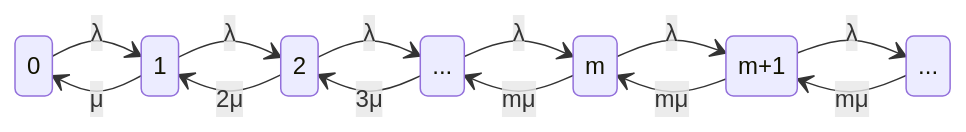
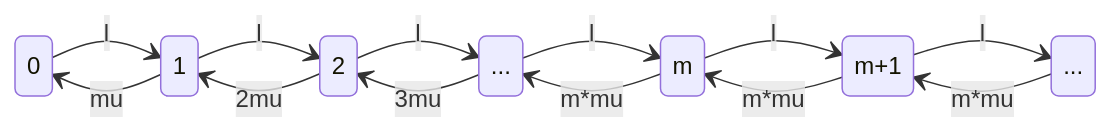
Before and after one commit to stareeg/simulation-modeling-notes: the second of 3 diagrams in docs/07-single-queue.md, drawn with Mermaid. The commit also changed other lines of this file and 14 other files, not shown here.

````diff
--- a/docs/07-single-queue.md
+++ b/docs/07-single-queue.md
@@ -237,24 +245,24 @@
 ```mermaid
 stateDiagram-v2
     direction LR
     state "0" as s0
     state "1" as s1
     state "2" as s2
     state "m" as sm
     state "m+1" as sm1
     state "..." as dots1
     state "..." as dots2
 
-    s0 --> s1 : λ
-    s1 --> s0 : μ
-    s1 --> s2 : λ
-    s2 --> s1 : 2μ
-    s2 --> dots1 : λ
-    dots1 --> s2 : 3μ
-    dots1 --> sm : λ
-    sm --> dots1 : mμ
-    sm --> sm1 : λ
-    sm1 --> sm : mμ
-    sm1 --> dots2 : λ
-    dots2 --> sm1 : mμ
+    s0 --> s1 : l
+    s1 --> s0 : mu
+    s1 --> s2 : l
+    s2 --> s1 : 2mu
+    s2 --> dots1 : l
+    dots1 --> s2 : 3mu
+    dots1 --> sm : l
+    sm --> dots1 : m*mu
+    sm --> sm1 : l
+    sm1 --> sm : m*mu
+    sm1 --> dots2 : l
+    dots2 --> sm1 : m*mu
 ```
````
